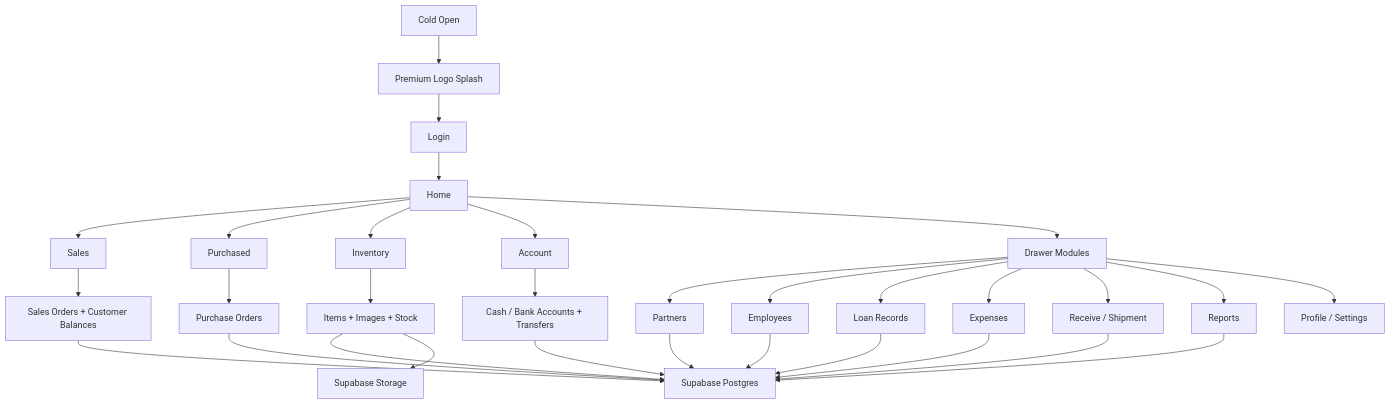
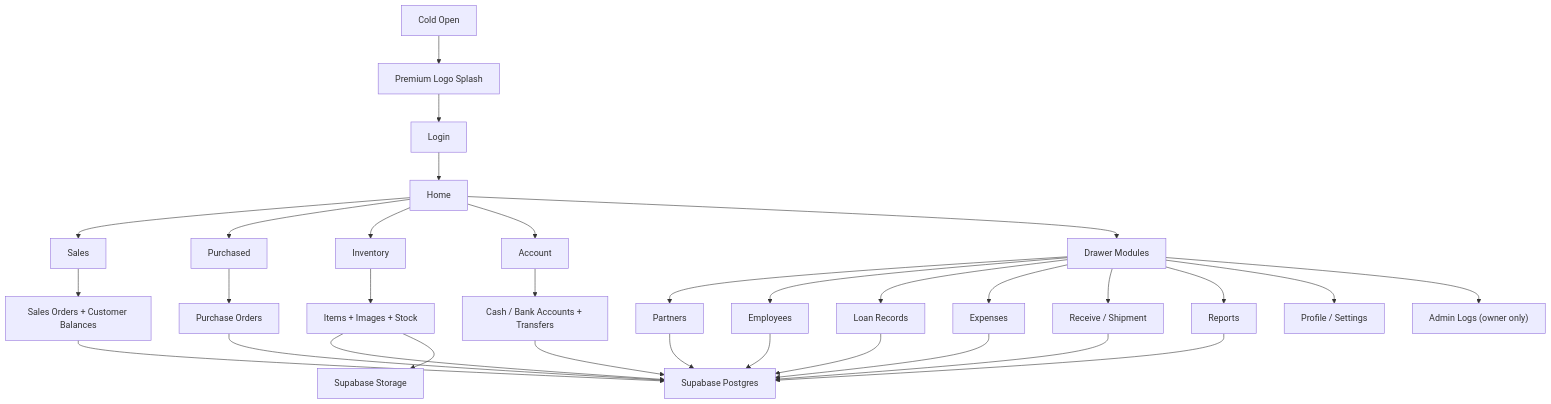
Before and after one commit to black12-ag/Tracker: the diagram in README.md, drawn with Mermaid. The commit also changed other lines of this file and 3 other files, not shown here.

````diff
--- a/README.md
+++ b/README.md
@@ -81,37 +84,38 @@
 ```mermaid
 flowchart TD
     A["Cold Open"] --> B["Premium Logo Splash"]
     B --> C["Login"]
     C --> D["Home"]
 
     D --> E["Sales"]
     D --> F["Purchased"]
     D --> G["Inventory"]
     D --> H["Account"]
     D --> I["Drawer Modules"]
 
     I --> J["Partners"]
     I --> K["Employees"]
     I --> L["Loan Records"]
     I --> M["Expenses"]
     I --> N["Receive / Shipment"]
     I --> O["Reports"]
     I --> P["Profile / Settings"]
+    I --> Q2["Admin Logs (owner only)"]
 
     E --> Q["Sales Orders + Customer Balances"]
     F --> R["Purchase Orders"]
     G --> S["Items + Images + Stock"]
     H --> T["Cash / Bank Accounts + Transfers"]
 
     Q --> U["Supabase Postgres"]
     R --> U
     S --> U
     T --> U
     J --> U
     K --> U
     L --> U
     M --> U
     N --> U
     O --> U
     S --> V["Supabase Storage"]
 ```
````
